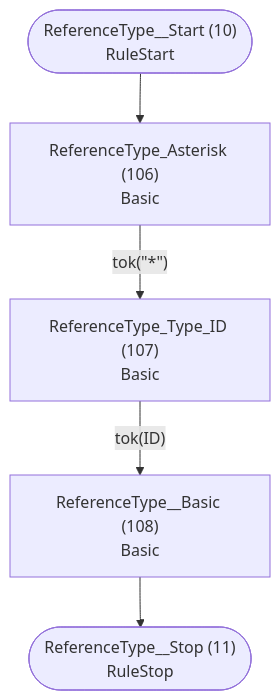
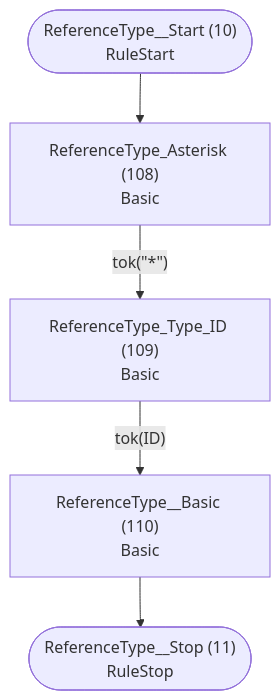
Before and after one commit to TypeFox/fastbelt: the sixth of 26 diagrams in internal/grammar/atn.md, drawn with Mermaid. The commit also changed other lines of this file and 25 other files, not shown here.

````diff
--- a/internal/grammar/atn.md
+++ b/internal/grammar/atn.md
@@ -174,13 +179,13 @@
 ```mermaid
 flowchart TD
     q10(["ReferenceType__Start (10)<br/>RuleStart"])
     q11(["ReferenceType__Stop (11)<br/>RuleStop"])
-    q106["ReferenceType_Asterisk (106)<br/>Basic<br/>"]
-    q107["ReferenceType_Type_ID (107)<br/>Basic<br/>"]
-    q108["ReferenceType__Basic (108)<br/>Basic<br/>"]
+    q108["ReferenceType_Asterisk (108)<br/>Basic<br/>"]
+    q109["ReferenceType_Type_ID (109)<br/>Basic<br/>"]
+    q110["ReferenceType__Basic (110)<br/>Basic<br/>"]
 
-    q10 --> q106
-    q106 -->|"tok(&quot;*&quot;)"| q107
-    q107 -->|"tok(ID)"| q108
-    q108 --> q11
+    q10 --> q108
+    q108 -->|"tok(&quot;*&quot;)"| q109
+    q109 -->|"tok(ID)"| q110
+    q110 --> q11
 ```
````
